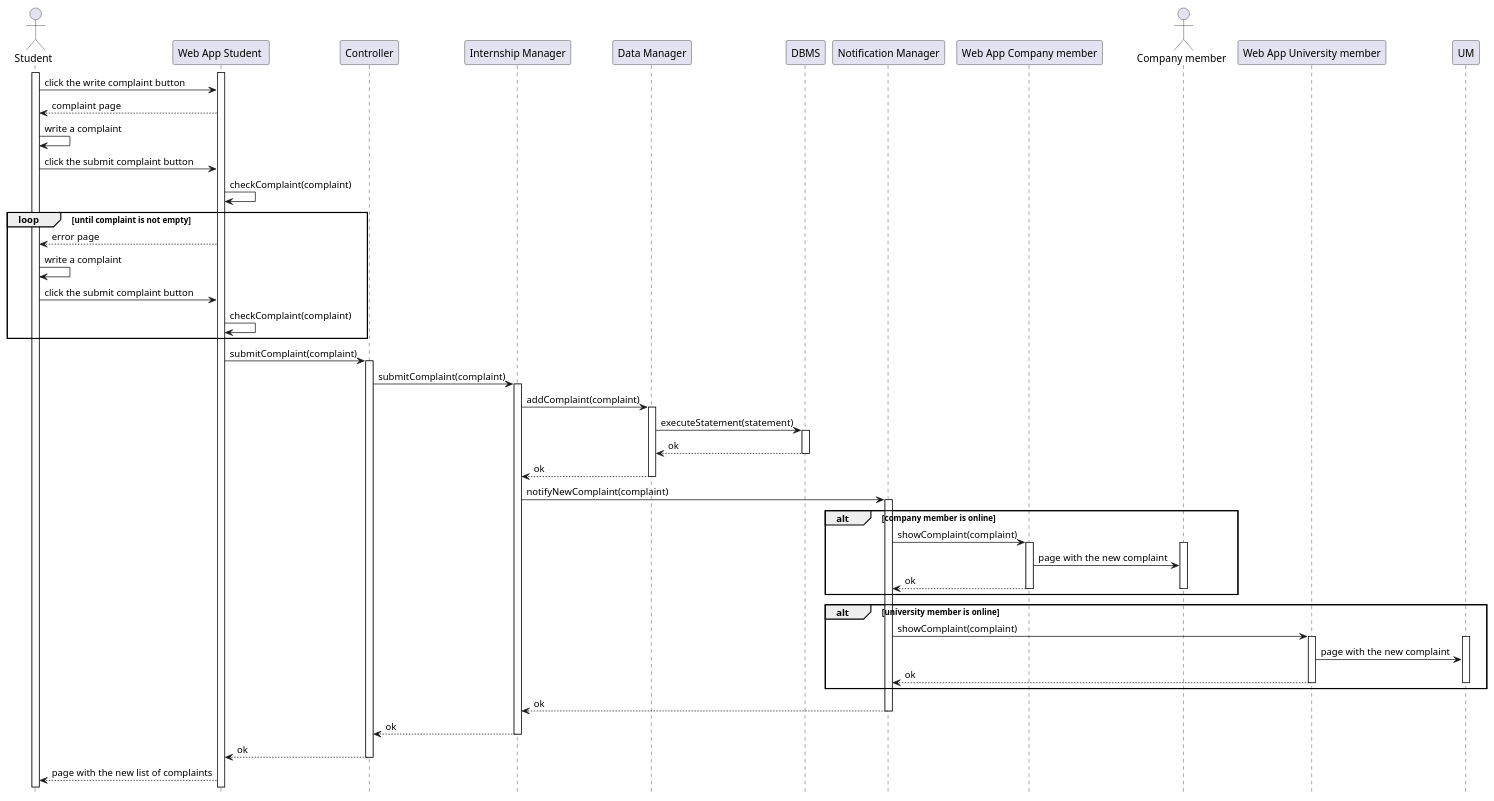
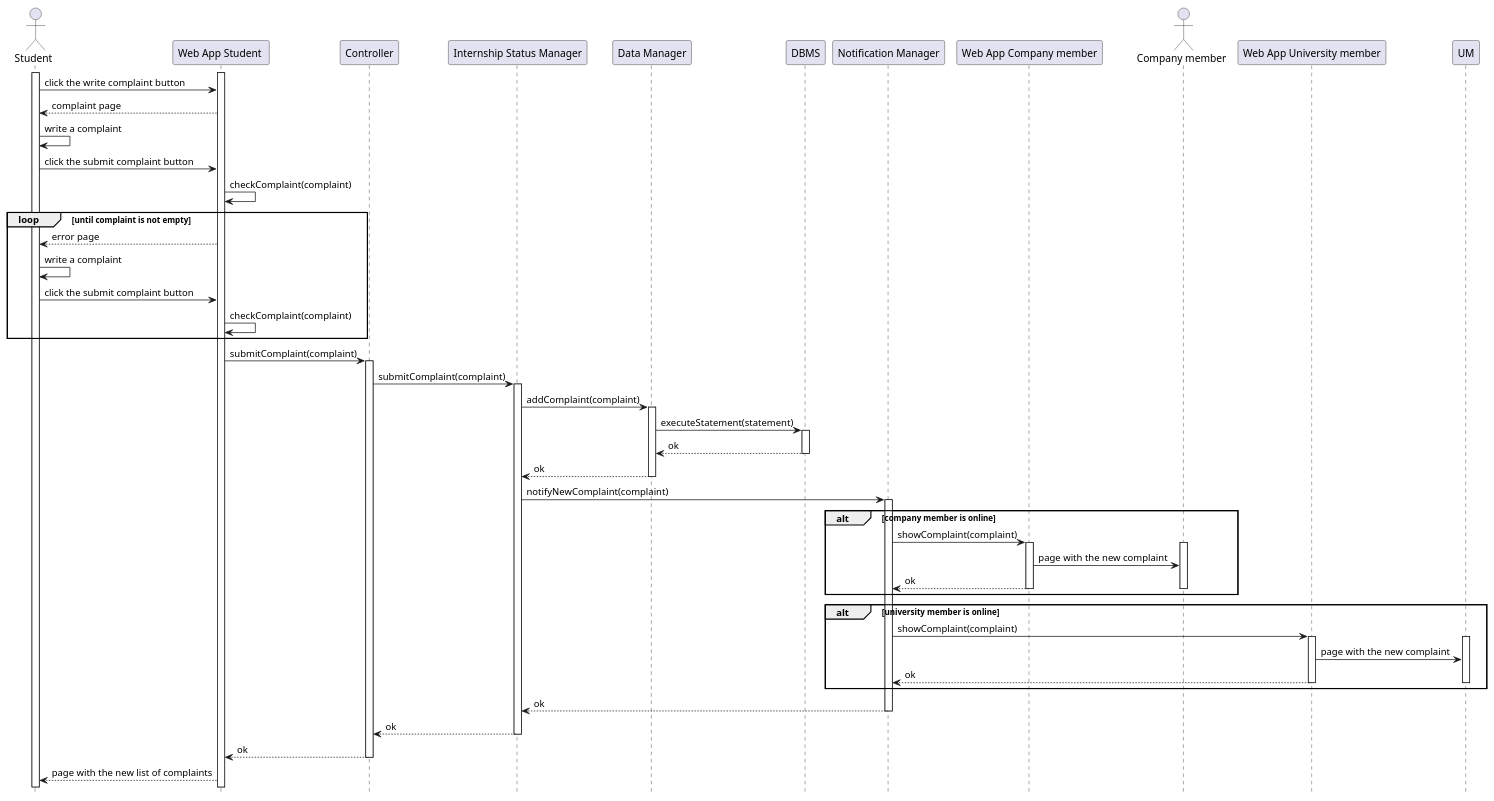
The diagram in DD/Architectural_design/uml_diagrams/RV26_diagram.puml (matti8702/R_and_DD_project_SE2), drawn with PlantUML before and after one commit. The commit also changed 7 other files, not shown here.

```diff
--- a/DD/Architectural_design/uml_diagrams/RV26_diagram.puml
+++ b/DD/Architectural_design/uml_diagrams/RV26_diagram.puml
@@ -1,68 +1,68 @@
 @startuml RV26
 hide footbox
 
 actor "Student" as ST
 participant "Web App Student " AS WAST
 participant "Controller" as C
-participant "Internship Manager" as IM
+participant "Internship Status Manager" as IM
 participant "Data Manager" as DM
 participant "DBMS" as DB
 participant "Notification Manager" as NM
 participant "Web App Company member" AS WACM
 actor "Company member" as CM
 participant "Web App University member" AS WAUM
 
 activate ST
 activate WAST
 
 ST -> WAST : click the write complaint button
 WAST --> ST : complaint page
 ST -> ST  : write a complaint
 ST -> WAST : click the submit complaint button
 WAST -> WAST : checkComplaint(complaint)
 loop until complaint is not empty
     WAST --> ST : error page
     ST -> ST : write a complaint
     ST -> WAST : click the submit complaint button
     WAST -> WAST : checkComplaint(complaint)
 end
 WAST -> C  : submitComplaint(complaint)
 activate C
 C -> IM    : submitComplaint(complaint)
 activate IM
 IM -> DM   : addComplaint(complaint)
 activate DM
 DM -> DB   : executeStatement(statement)
 activate DB
 DB --> DM  : ok
 deactivate DB
 DM --> IM  : ok
 deactivate DM
 IM -> NM  : notifyNewComplaint(complaint)
 activate NM
 alt company member is online
     NM -> WACM : showComplaint(complaint)
     activate WACM
     activate CM
     WACM -> CM : page with the new complaint
     WACM --> NM : ok
     deactivate WACM
     deactivate CM
 end 
 alt university member is online
     NM -> WAUM : showComplaint(complaint)
     activate WAUM
     activate UM
     WAUM -> UM : page with the new complaint
     WAUM --> NM : ok
     deactivate WAUM
     deactivate UM
 end 
 NM --> IM : ok
 deactivate NM
 IM --> C : ok
 deactivate IM
 C --> WAST : ok
 deactivate C
 WAST --> ST : page with the new list of complaints
 @enduml
```
